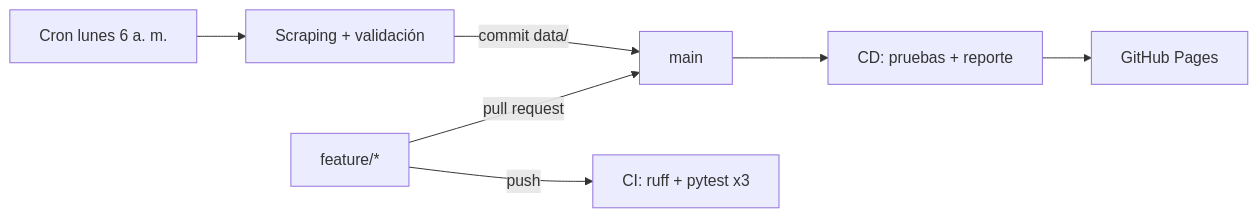
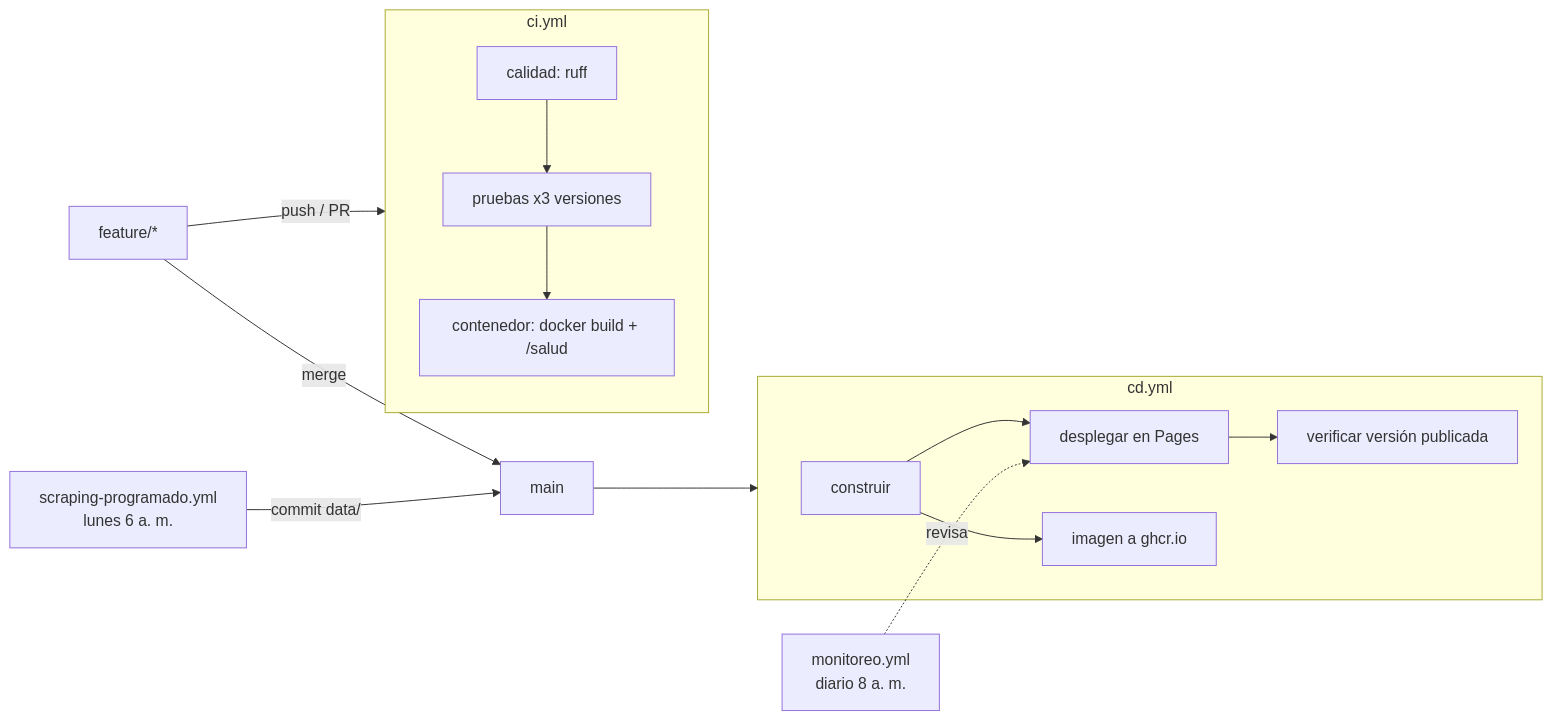
The diagram in README.md (kevinsepulveda-iud/branchos-precios-devops), drawn with Mermaid before and after one commit. The commit also changed other lines of this file and 3 other files, not shown here.

````diff
--- a/README.md
+++ b/README.md
@@ -18,9 +102,15 @@
 ```mermaid
 flowchart LR
-    A[feature/*] -- pull request --> B[main]
-    A -- push --> CI[CI: ruff + pytest x3]
-    B --> CD[CD: pruebas + reporte]
-    CD --> P[GitHub Pages]
-    S[Cron lunes 6 a. m.] --> X[Scraping + validación]
-    X -- commit data/ --> B
+    F[feature/*] -- push / PR --> CI
+    subgraph CI [ci.yml]
+      C1[calidad: ruff] --> C2[pruebas x3 versiones] --> C3[contenedor: docker build + /salud]
+    end
+    F -- merge --> M[main]
+    S[scraping-programado.yml<br/>lunes 6 a. m.] -- commit data/ --> M
+    M --> CD
+    subgraph CD [cd.yml]
+      D1[construir] --> D2[desplegar en Pages] --> D3[verificar versión publicada]
+      D1 --> D4[imagen a ghcr.io]
+    end
+    MO[monitoreo.yml<br/>diario 8 a. m.] -. revisa .-> D2
 ```
````
